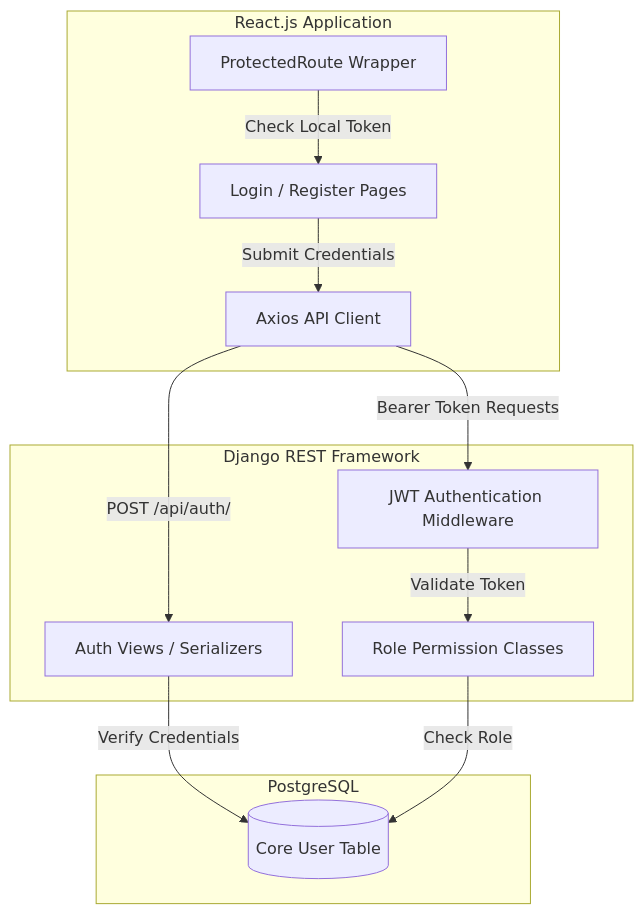
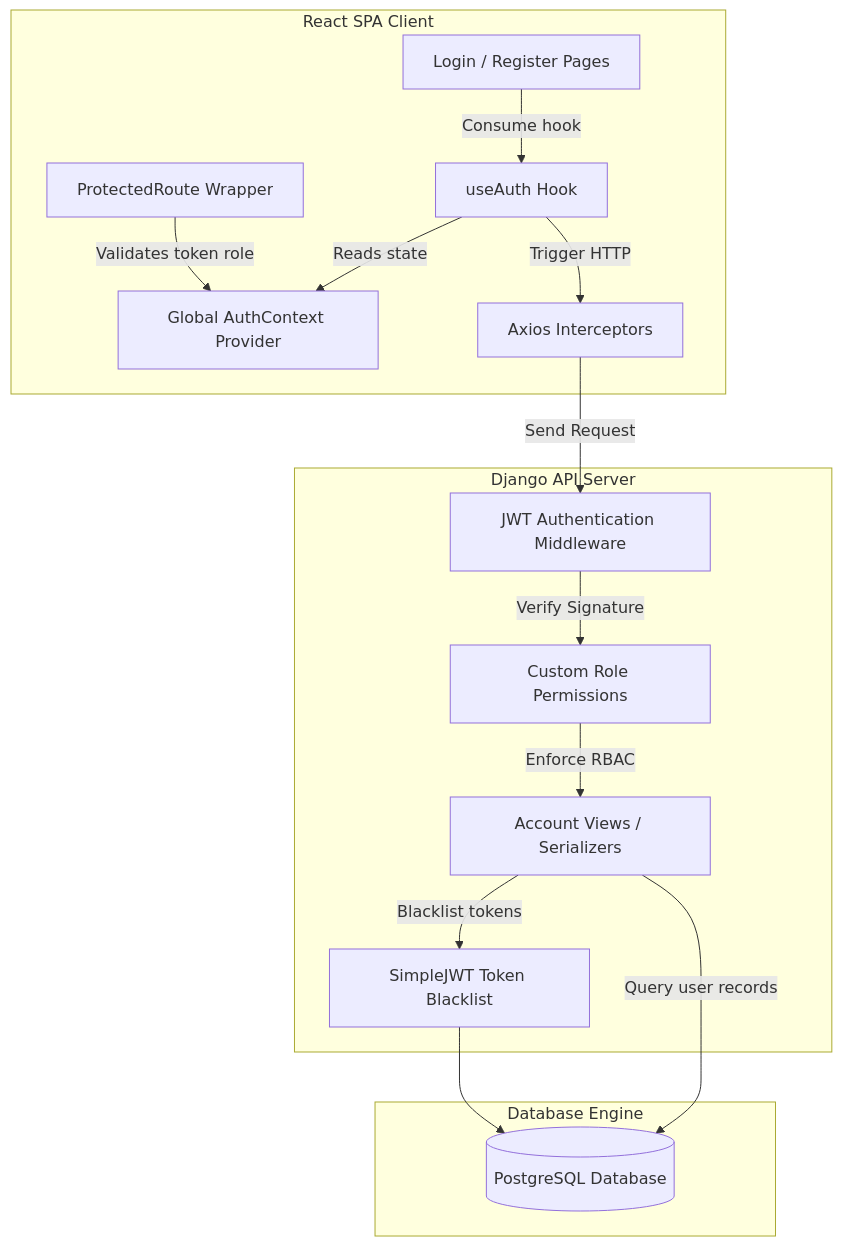
Before and after one commit to rashidkhan4067/AI-HMS: the first of 2 diagrams in docs/04-system-architecture.md, drawn with Mermaid. The commit also changed other lines of this file and 118 other files, not shown here.

Commit message:
feat: implement full-stack authentication system, project documentation, and frontend infrastructure

````diff
--- a/docs/04-system-architecture.md
+++ b/docs/04-system-architecture.md
@@ -65,27 +70,32 @@
 ```mermaid
 graph TD
-    subgraph Frontend [React.js Application]
+    subgraph Client [React SPA Client]
         A[Login / Register Pages]
-        B[Axios API Client]
-        C[ProtectedRoute Wrapper]
+        B[Global AuthContext Provider]
+        C[useAuth Hook]
+        D[Axios Interceptors]
+        E[ProtectedRoute Wrapper]
     end
 
-    subgraph Backend [Django REST Framework]
-        D[JWT Authentication Middleware]
-        E[Role Permission Classes]
-        F[Auth Views / Serializers]
+    subgraph Service [Django API Server]
+        F[JWT Authentication Middleware]
+        G[Custom Role Permissions]
+        H[Account Views / Serializers]
+        I[SimpleJWT Token Blacklist]
     end
 
-    subgraph Database [PostgreSQL]
-        G[(Core User Table)]
+    subgraph Database [Database Engine]
+        J[(PostgreSQL Database)]
     end
 
-    A -->|Submit Credentials| B
-    B -->|POST /api/auth/| F
-    C -->|Check Local Token| A
-    B -->|Bearer Token Requests| D
-    
-    F -->|Verify Credentials| G
-    D -->|Validate Token| E
-    E -->|Check Role| G
+    A -->|Consume hook| C
+    C -->|Reads state| B
+    C -->|Trigger HTTP| D
+    E -->|Validates token role| B
+    D -->|Send Request| F
+    F -->|Verify Signature| G
+    G -->|Enforce RBAC| H
+    H -->|Query user records| J
+    H -->|Blacklist tokens| I
+    I --> J
 ```
````
